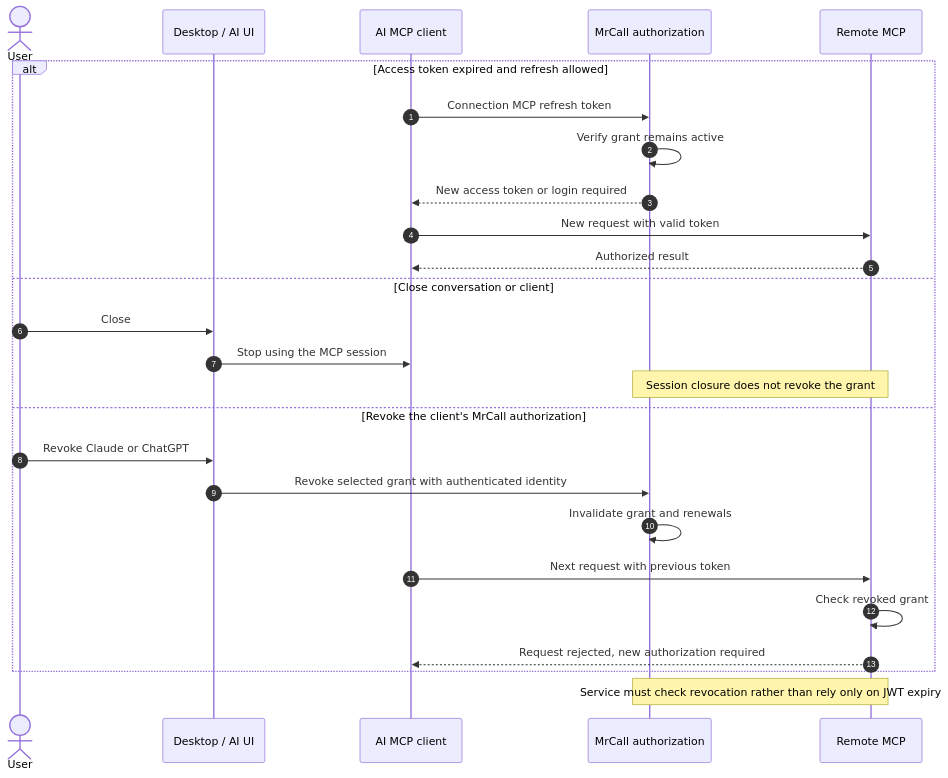
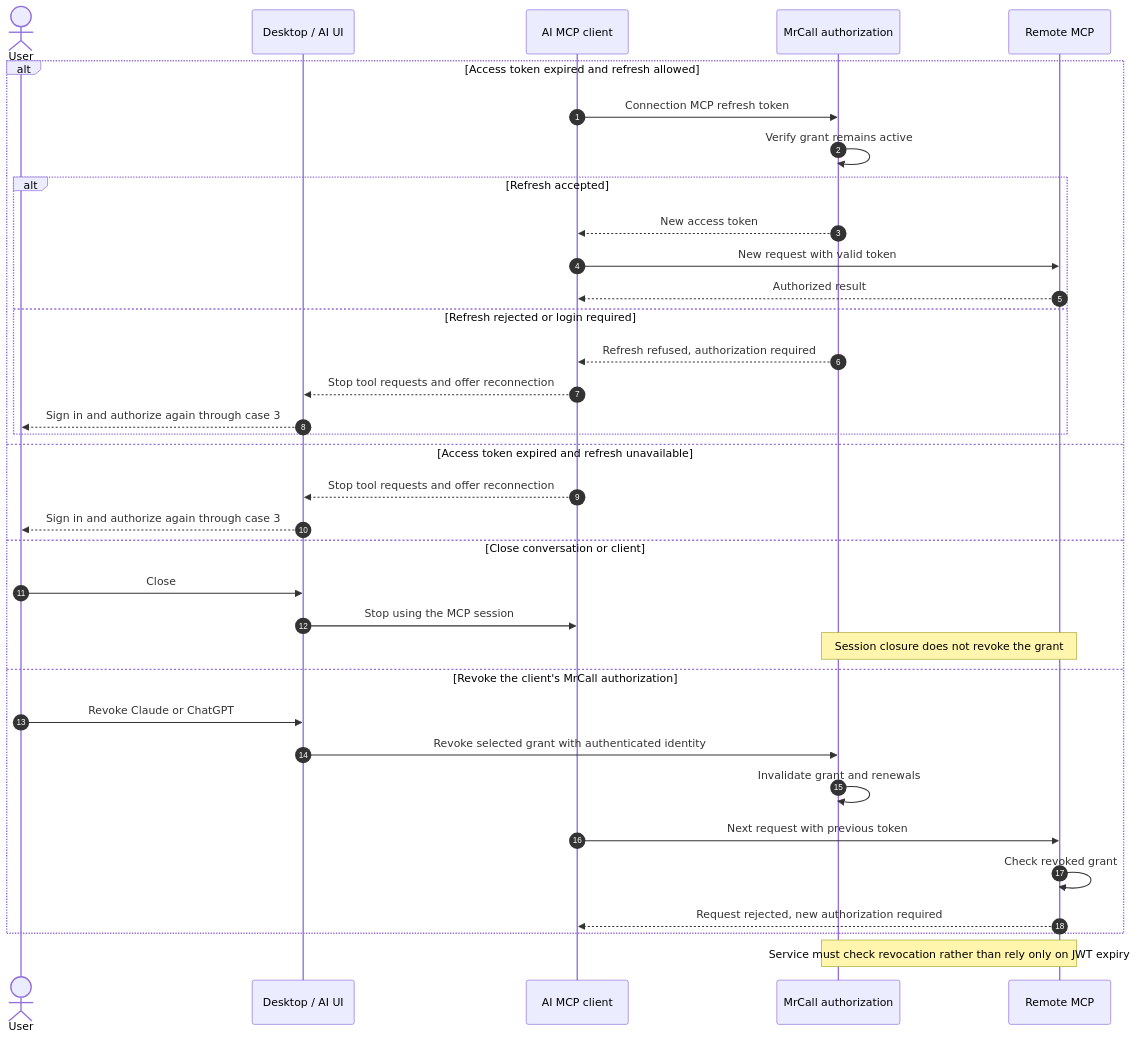
The second of 2 diagrams in docs/operator-data-flows/files-and-lifecycle.md (hahnbanach/mrcall-desktop), drawn with Mermaid before and after one commit. The commit also changed other lines of this file and 3 other files, not shown here.

Commit message:
docs: clarify authorization and document handoff flows (#17)

````diff
--- a/docs/operator-data-flows/files-and-lifecycle.md
+++ b/docs/operator-data-flows/files-and-lifecycle.md
@@ -64,28 +66,37 @@
 ```mermaid
 sequenceDiagram
 autonumber
 actor U as User
 participant UI as Desktop / AI UI
 participant C as AI MCP client
 participant A as MrCall authorization
 participant M as Remote MCP
 alt Access token expired and refresh allowed
 C->>A: Connection MCP refresh token
 A->>A: Verify grant remains active
-A-->>C: New access token or login required
+alt Refresh accepted
+A-->>C: New access token
 C->>M: New request with valid token
 M-->>C: Authorized result
+else Refresh rejected or login required
+A-->>C: Refresh refused, authorization required
+C-->>UI: Stop tool requests and offer reconnection
+UI-->>U: Sign in and authorize again through case 3
+end
+else Access token expired and refresh unavailable
+C-->>UI: Stop tool requests and offer reconnection
+UI-->>U: Sign in and authorize again through case 3
 else Close conversation or client
 U->>UI: Close
 UI->>C: Stop using the MCP session
 Note over A,M: Session closure does not revoke the grant
 else Revoke the client's MrCall authorization
 U->>UI: Revoke Claude or ChatGPT
 UI->>A: Revoke selected grant with authenticated identity
 A->>A: Invalidate grant and renewals
 C->>M: Next request with previous token
 M->>M: Check revoked grant
 M-->>C: Request rejected, new authorization required
 end
 Note over A,M: Service must check revocation rather than rely only on JWT expiry
 ```
````
